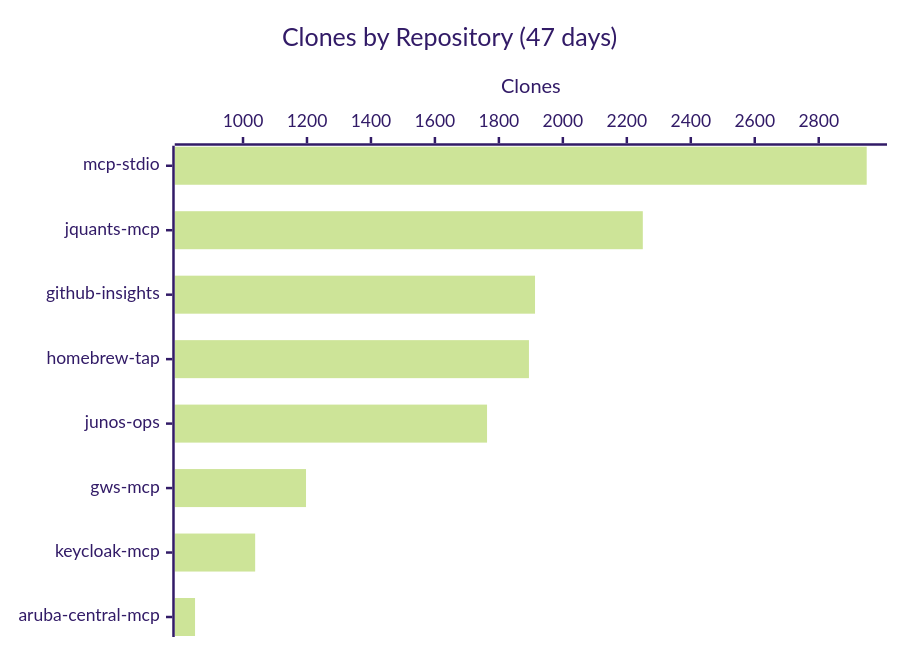
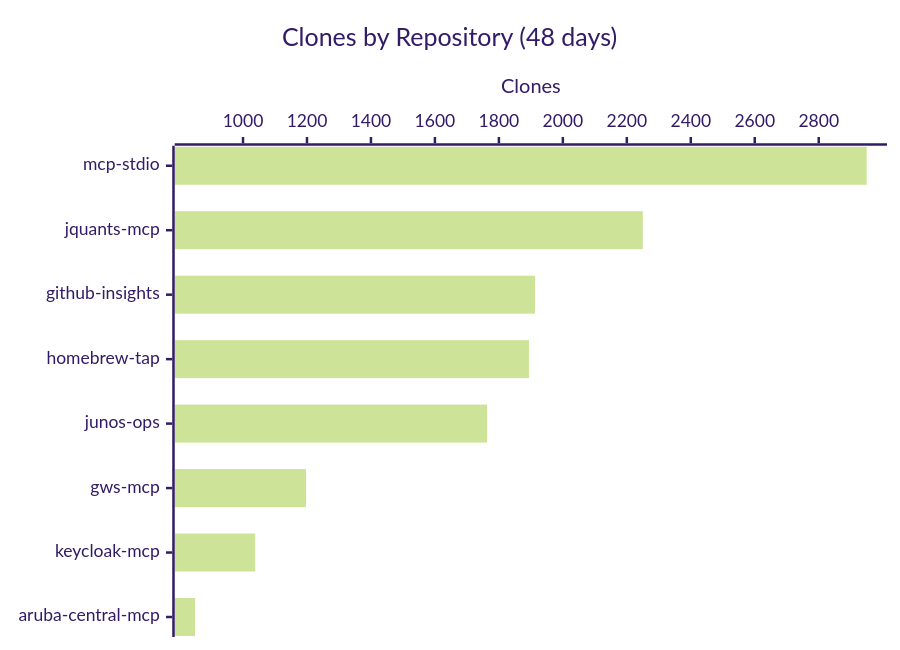
One commit to shigechika/github-insights changed the third of 3 diagrams in README.md. Above: the diagram before and after it, drawn with Mermaid (forest theme). The commit also changed other lines of this file and 2 other files, not shown here.

````diff
--- a/README.md
+++ b/README.md
@@ -38,7 +38,7 @@
 ```mermaid
 xychart-beta horizontal
-    title "Clones by Repository (47 days)"
+    title "Clones by Repository (48 days)"
     x-axis ["mcp-stdio", "jquants-mcp", "github-insights", "homebrew-tap", "junos-ops", "gws-mcp", "keycloak-mcp", "aruba-central-mcp"]
     y-axis "Clones"
     bar [2950, 2250, 1913, 1894, 1763, 1197, 1038, 850]
 ```
````
